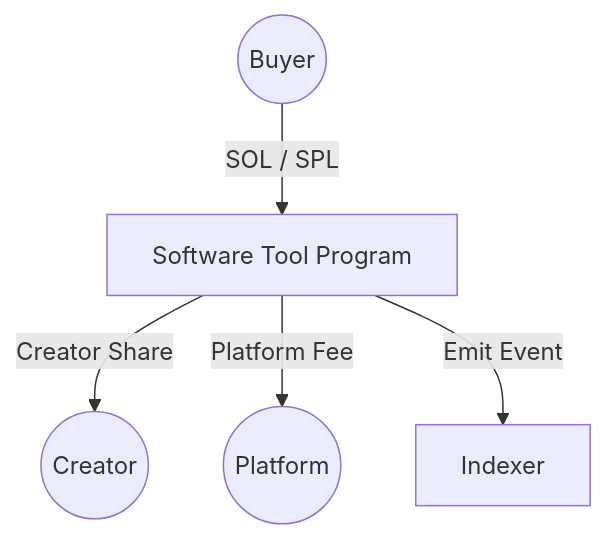
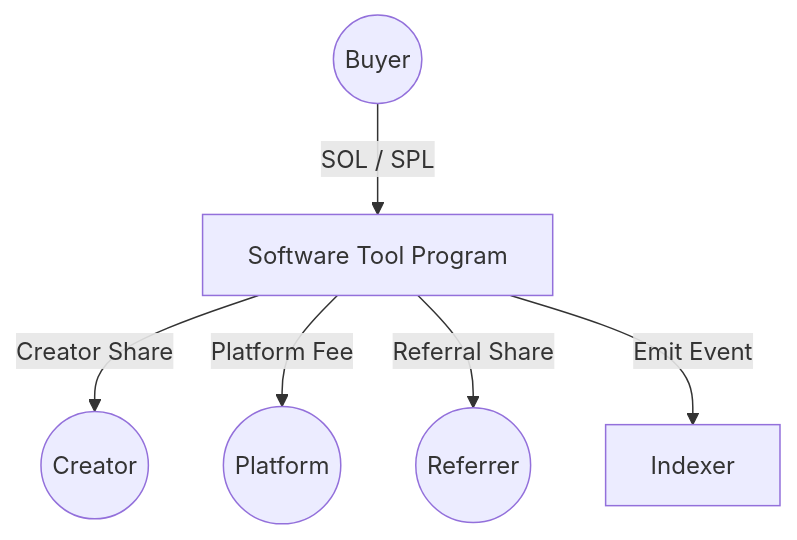
One commit to Tasshub-A/Payment-protocol changed the diagram in README.md. Above: the diagram before and after it, drawn with Mermaid. The commit also changed other lines of this file, not shown here.

Commit message:
Updated Referrer Handling Documentation

`````diff
--- a/README.md
+++ b/README.md
@@ -44,12 +46,14 @@
 ```mermaid
 graph TD
     Buyer((Buyer))
     Creator((Creator))
     Platform((Platform))
+    Referrer((Referrer))
     Program[Software Tool Program]
 
     Buyer -- SOL / SPL --> Program
     Program -- Creator Share --> Creator
     Program -- Platform Fee --> Platform
+    Program -- Referral Share --> Referrer
     Program -- Emit Event --> Indexer
-````
+```
`````
